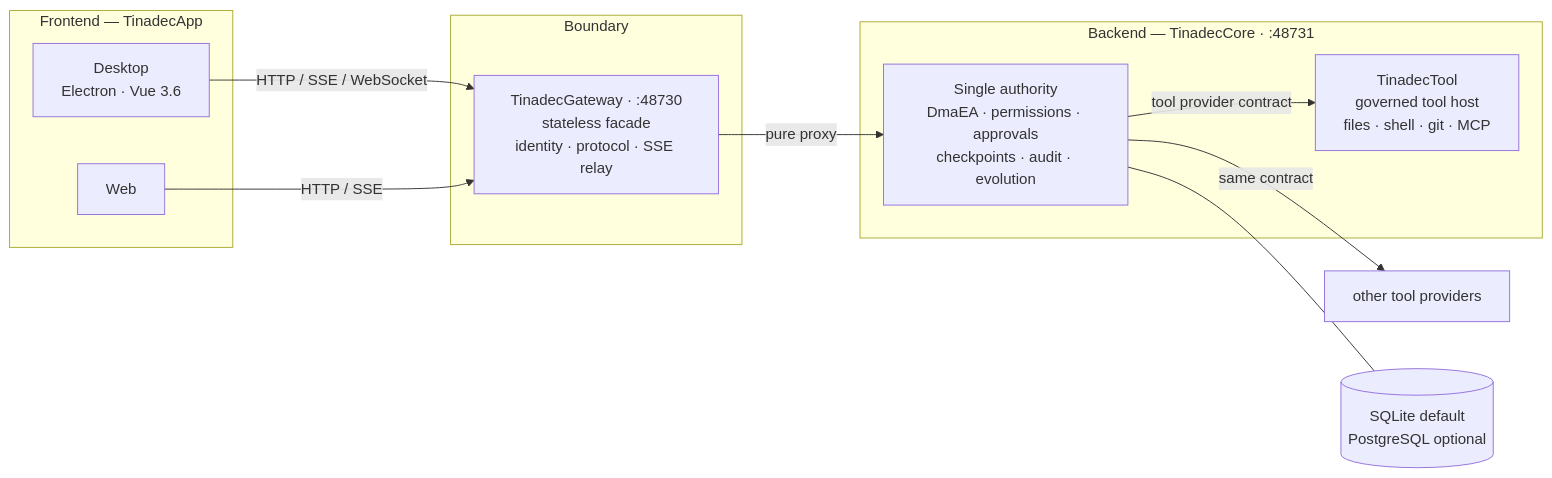
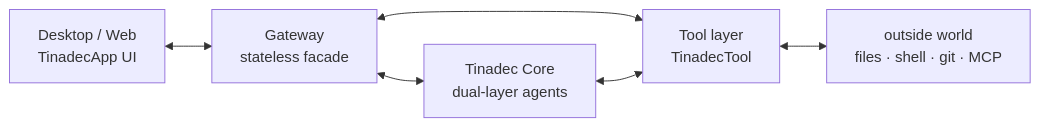
One commit to Programmer-MrWang/TinadecOffice changed the first of 3 diagrams in README.md. Above: the diagram before and after it, drawn with Mermaid. The commit also changed other lines of this file and 1 other file, not shown here.

First line of the commit message:
docs(readme): simpler wiring diagrams, team orchestration front and center

````diff
--- a/README.md
+++ b/README.md
@@ -86,23 +67,14 @@
 ```mermaid
 flowchart LR
-    subgraph FE["Frontend — TinadecApp"]
-        D[Desktop<br/>Electron · Vue 3.6]
-        W[Web]
-    end
+    DT["Desktop / Web<br/>TinadecApp UI"]
+    GW["Gateway<br/>stateless facade"]
+    CORE["Tinadec Core<br/>dual-layer agents"]
+    TL["Tool layer<br/>TinadecTool"]
+    OUT["outside world<br/>files · shell · git · MCP"]
 
-    subgraph EDGE["Boundary"]
-        G[TinadecGateway · :48730<br/>stateless facade<br/>identity · protocol · SSE relay]
-    end
-
-    subgraph BE["Backend — TinadecCore · :48731"]
-        C[Single authority<br/>DmaEA · permissions · approvals<br/>checkpoints · audit · evolution]
-        T[TinadecTool<br/>governed tool host<br/>files · shell · git · MCP]
-    end
-
-    D -- "HTTP / SSE / WebSocket" --> G
-    W -- "HTTP / SSE" --> G
-    G -- "pure proxy" --> C
-    C -- "tool provider contract" --> T
-    C -- "same contract" --> O[other tool providers]
-    C --- DB[(SQLite default<br/>PostgreSQL optional)]
+    DT <--> GW
+    GW <--> CORE
+    GW <--> TL
+    CORE <--> TL
+    TL <--> OUT
 ```
````
